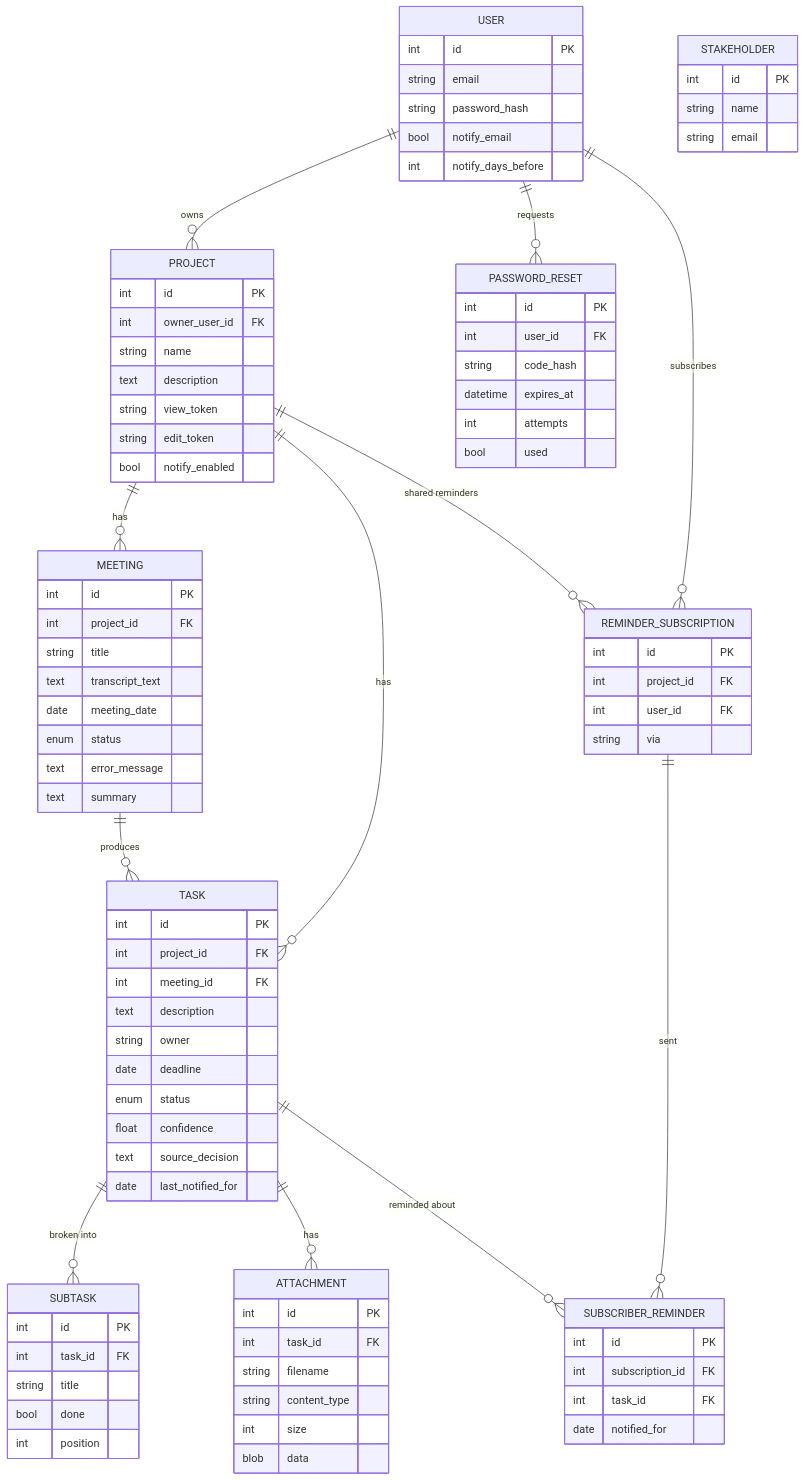
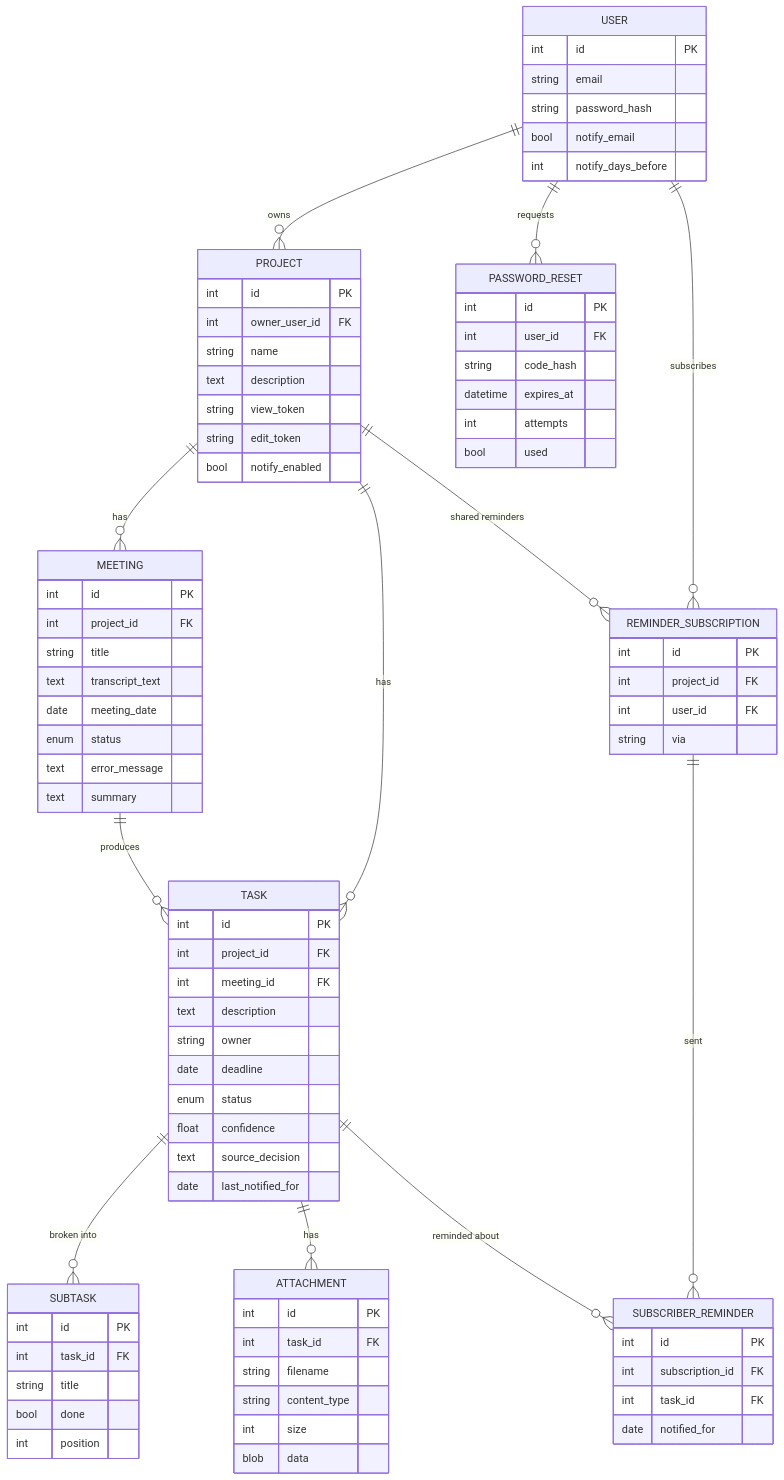
One commit to chinliong/meeting-orchestrator changed the third of 3 diagrams in docs/architecture.md. Above: the diagram before and after it, drawn with Mermaid. The commit also changed other lines of this file and 14 other files, not shown here.

```diff
--- a/docs/architecture.md
+++ b/docs/architecture.md
@@ -297,11 +295,6 @@
         int size
         blob data
     }
-    STAKEHOLDER {
-        int id PK
-        string name
-        string email
-    }
     REMINDER_SUBSCRIPTION {
         int id PK
         int project_id FK
```
